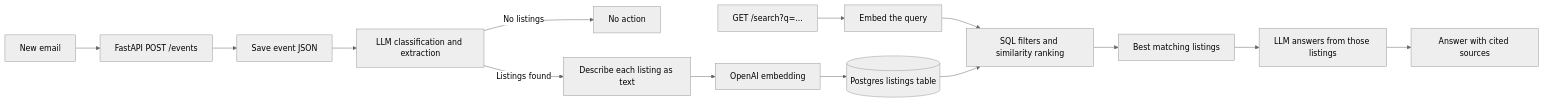
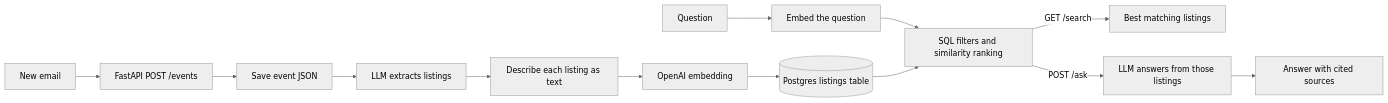
One commit to lindseypeng/ai-personal-assistant changed the diagram in README.md. Above: the diagram before and after it, drawn with Mermaid (neutral theme). The commit also changed other lines of this file, not shown here.

Commit message:
Simplify Week 4 README with run order and data schema

````diff
--- a/README.md
+++ b/README.md
@@ -22,16 +42,15 @@
 ```mermaid
 flowchart LR
     A[New email] --> B[FastAPI POST /events]
     B --> C[Save event JSON]
-    C --> D[LLM classification and extraction]
-    D -->|No listings| E[No action]
-    D -->|Listings found| F[Describe each listing as text]
+    C --> D[LLM extracts listings]
+    D --> F[Describe each listing as text]
     F --> G[OpenAI embedding]
     G --> H[(Postgres listings table)]
-    I[GET /search?q=...] --> J[Embed the query]
+    I[Question] --> J[Embed the question]
     J --> K[SQL filters and similarity ranking]
     H --> K
-    K --> L[Best matching listings]
-    L --> M[LLM answers from those listings]
+    K -->|GET /search| L[Best matching listings]
+    K -->|POST /ask| M[LLM answers from those listings]
     M --> N[Answer with cited sources]
 ```
````
